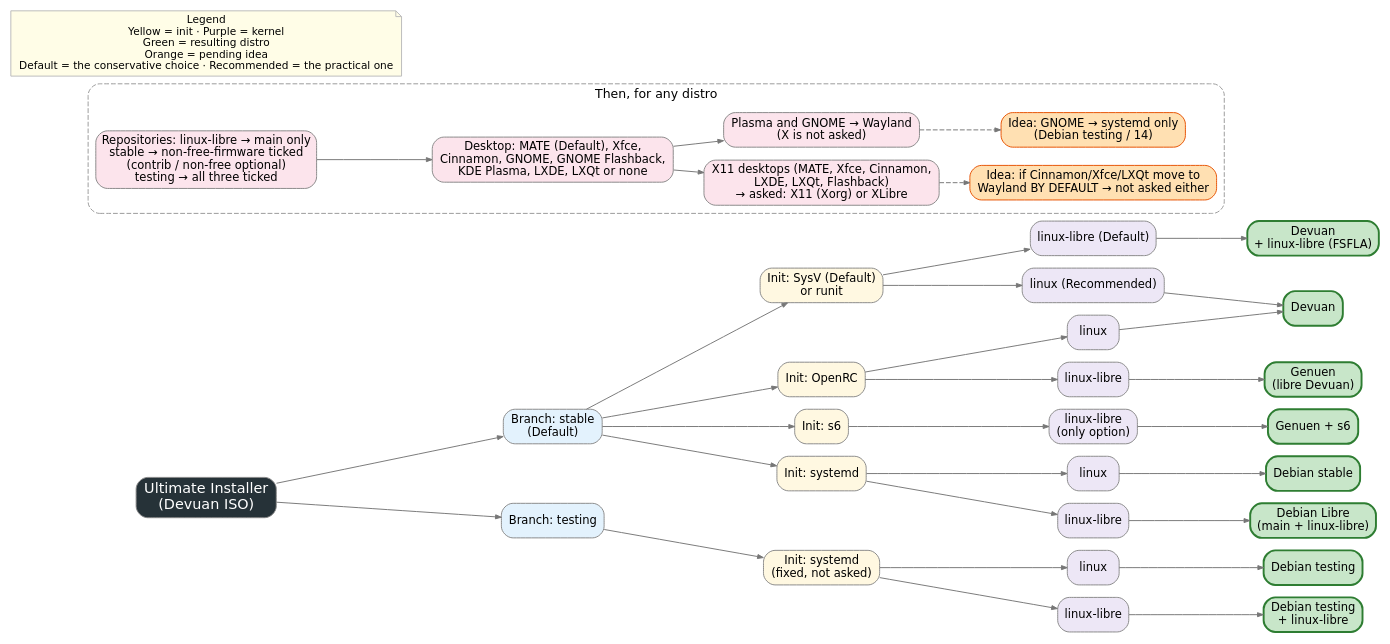
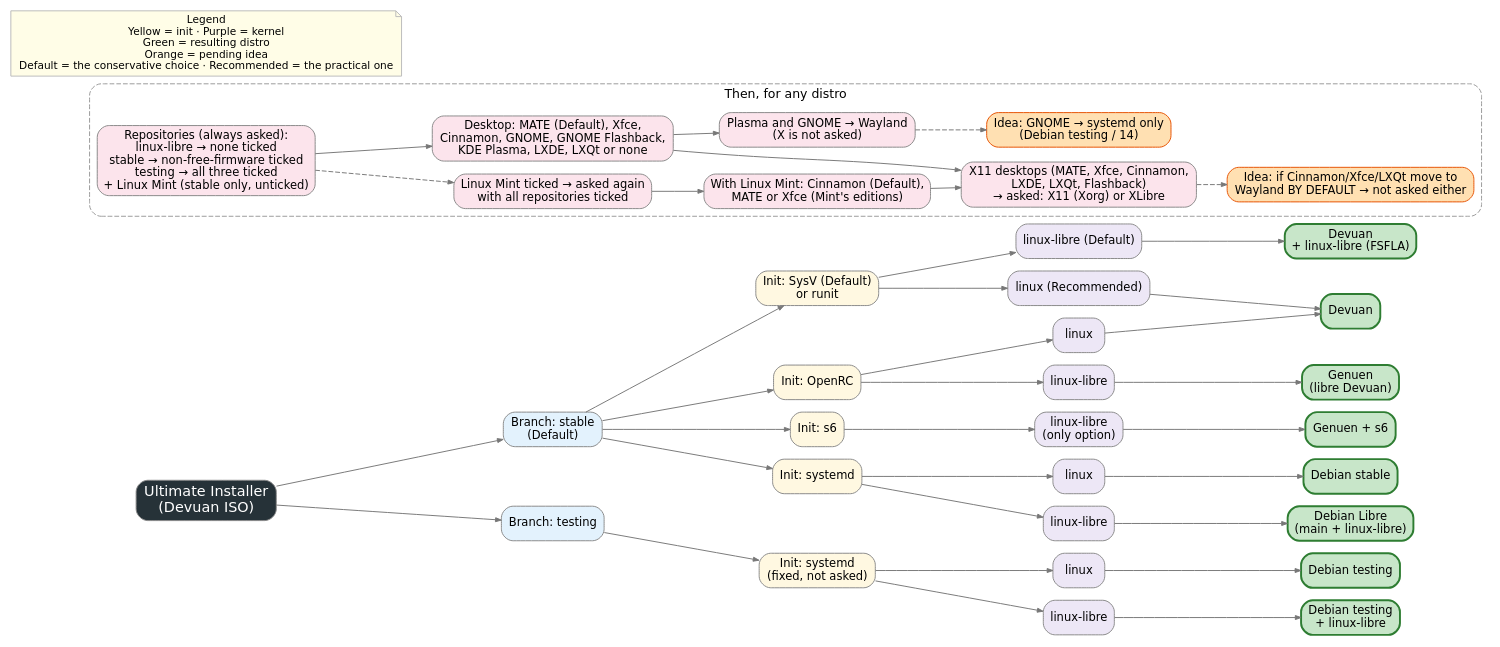
Before and after one commit to Crafer32/ultimate-installer: the diagram in options-diagram.dot, drawn with Graphviz. The commit also changed 10 other files, not shown here.

```diff
--- a/options-diagram.dot
+++ b/options-diagram.dot
@@ -1,62 +1,64 @@
 digraph U {
   rankdir=LR; nodesep=0.18; ranksep=0.45; bgcolor="white";
   node [shape=box, style="rounded,filled", fontname="DejaVu Sans", fontsize=12, fillcolor="#f2f2f2", color="#888888"];
   edge [color="#777777", arrowsize=0.6];
   ui [label="Ultimate Installer\n(Devuan ISO)", fillcolor="#263238", fontcolor="white", fontsize=15];
 
   st [label="Branch: stable\n(Default)", fillcolor="#e3f2fd"];
   te [label="Branch: testing", fillcolor="#e3f2fd"];
   ui -> st; ui -> te;
 
   // stable
   sysv [label="Init: SysV (Default)\nor runit", fillcolor="#fff8e1"];
   orc  [label="Init: OpenRC", fillcolor="#fff8e1"];
   s6   [label="Init: s6", fillcolor="#fff8e1"];
   sd   [label="Init: systemd", fillcolor="#fff8e1"];
   st -> sysv; st -> orc; st -> s6; st -> sd;
 
   node [fillcolor="#ede7f6"];
   k1 [label="linux-libre (Default)"]; k2 [label="linux (Recommended)"];
   k4 [label="linux-libre"]; k5 [label="linux"];
   k7 [label="linux-libre\n(only option)"];
   k8 [label="linux"]; k9 [label="linux-libre"];
   sysv -> k1; sysv -> k2;
   orc -> k4; orc -> k5;
   s6 -> k7;
   sd -> k8; sd -> k9;
 
   node [shape=box, style="rounded,filled,bold", fillcolor="#c8e6c9", color="#2e7d32"];
   d1 [label="Devuan\n+ linux-libre (FSFLA)"];
   d2 [label="Devuan"];
   d4 [label="Genuen\n(libre Devuan)"];
   d5 [label="Genuen + s6"];
   d6 [label="Debian stable"];
   d7 [label="Debian Libre\n(main + linux-libre)"];
   k1 -> d1; k2 -> d2; k5 -> d2;
   k4 -> d4; k7 -> d5; k8 -> d6; k9 -> d7;
 
   // testing
   tsd [label="Init: systemd\n(fixed, not asked)", style="rounded,filled", fillcolor="#fff8e1", color="#888888"];
   te -> tsd;
   node [style="rounded,filled", fillcolor="#ede7f6", color="#888888"];
   tk1 [label="linux"]; tk2 [label="linux-libre"];
   tsd -> tk1; tsd -> tk2;
   node [style="rounded,filled,bold", fillcolor="#c8e6c9", color="#2e7d32"];
   d9 [label="Debian testing"]; d10 [label="Debian testing\n+ linux-libre"];
   tk1 -> d9; tk2 -> d10;
 
   // desktop and X
   subgraph cluster_desktop {
     label="Then, for any distro"; fontname="DejaVu Sans"; fontsize=13; style="rounded,dashed"; color="#999999";
     node [style="rounded,filled", fillcolor="#fce4ec", color="#888888"];
-    rep [label="Repositories: linux-libre → main only\nstable → non-free-firmware ticked\n(contrib / non-free optional)\ntesting → all three ticked"];
+    rep [label="Repositories (always asked):\nlinux-libre → none ticked\nstable → non-free-firmware ticked\ntesting → all three ticked\n+ Linux Mint (stable only, unticked)"];
+    mint [label="Linux Mint ticked → asked again\nwith all repositories ticked"];
     esc [label="Desktop: MATE (Default), Xfce,\nCinnamon, GNOME, GNOME Flashback,\nKDE Plasma, LXDE, LXQt or none"];
+    mesc [label="With Linux Mint: Cinnamon (Default),\nMATE or Xfce (Mint's editions)"];
     x11 [label="X11 desktops (MATE, Xfce, Cinnamon,\nLXDE, LXQt, Flashback)\n→ asked: X11 (Xorg) or XLibre"];
     way [label="Plasma and GNOME → Wayland\n(X is not asked)"];
     gn  [label="Idea: GNOME → systemd only\n(Debian testing / 14)", fillcolor="#ffe0b2", color="#e65100"];
     fut [label="Idea: if Cinnamon/Xfce/LXQt move to\nWayland BY DEFAULT → not asked either", fillcolor="#ffe0b2", color="#e65100"];
-    rep -> esc; esc -> x11; esc -> way; way -> gn [style=dashed]; x11 -> fut [style=dashed];
+    rep -> esc; rep -> mint [style=dashed]; mint -> mesc; mesc -> x11; esc -> x11; esc -> way; way -> gn [style=dashed]; x11 -> fut [style=dashed];
   }
   legend [shape=note, style="filled", fillcolor="#fffde7", color="#bbbbbb", fontsize=11,
        label="Legend\nYellow = init · Purple = kernel\nGreen = resulting distro\nOrange = pending idea\nDefault = the conservative choice · Recommended = the practical one"];
 }
```
